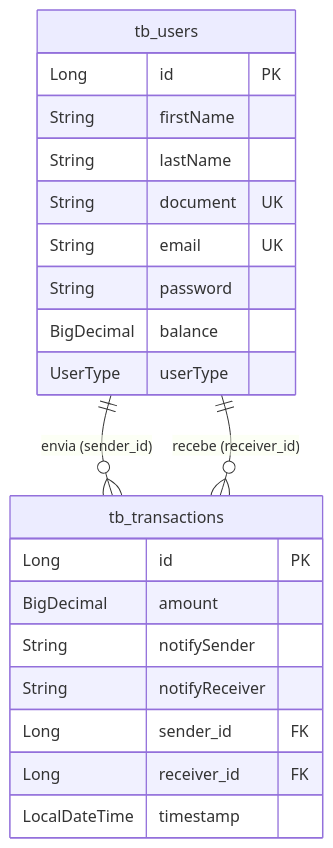
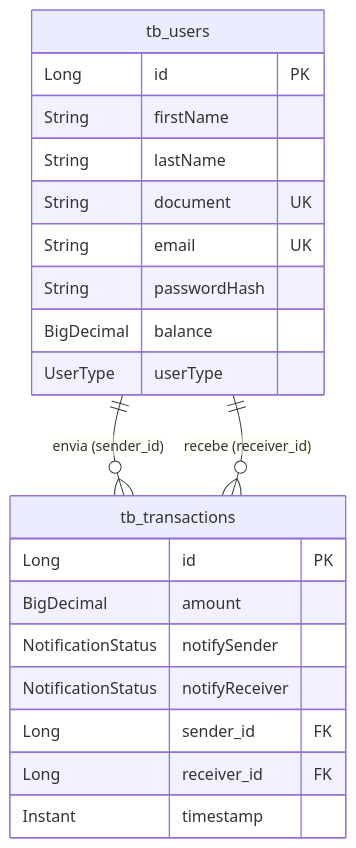
One commit to WhallysonGGDS/Desafio-picpay-quarkus changed the third of 3 diagrams in README.md. Above: the diagram before and after it, drawn with Mermaid. The commit also changed other lines of this file and 244 other files, not shown here.

````diff
--- a/README.md
+++ b/README.md
@@ -603,26 +885,26 @@
 ```mermaid
 erDiagram
     tb_users ||--o{ tb_transactions : "envia (sender_id)"
     tb_users ||--o{ tb_transactions : "recebe (receiver_id)"
 
     tb_users {
         Long id PK
         String firstName
         String lastName
         String document UK
         String email UK
-        String password
+        String passwordHash
         BigDecimal balance
         UserType userType
     }
 
     tb_transactions {
         Long id PK
         BigDecimal amount
-        String notifySender
-        String notifyReceiver
+        NotificationStatus notifySender
+        NotificationStatus notifyReceiver
         Long sender_id FK
         Long receiver_id FK
-        LocalDateTime timestamp
+        Instant timestamp
     }
 ```
````
